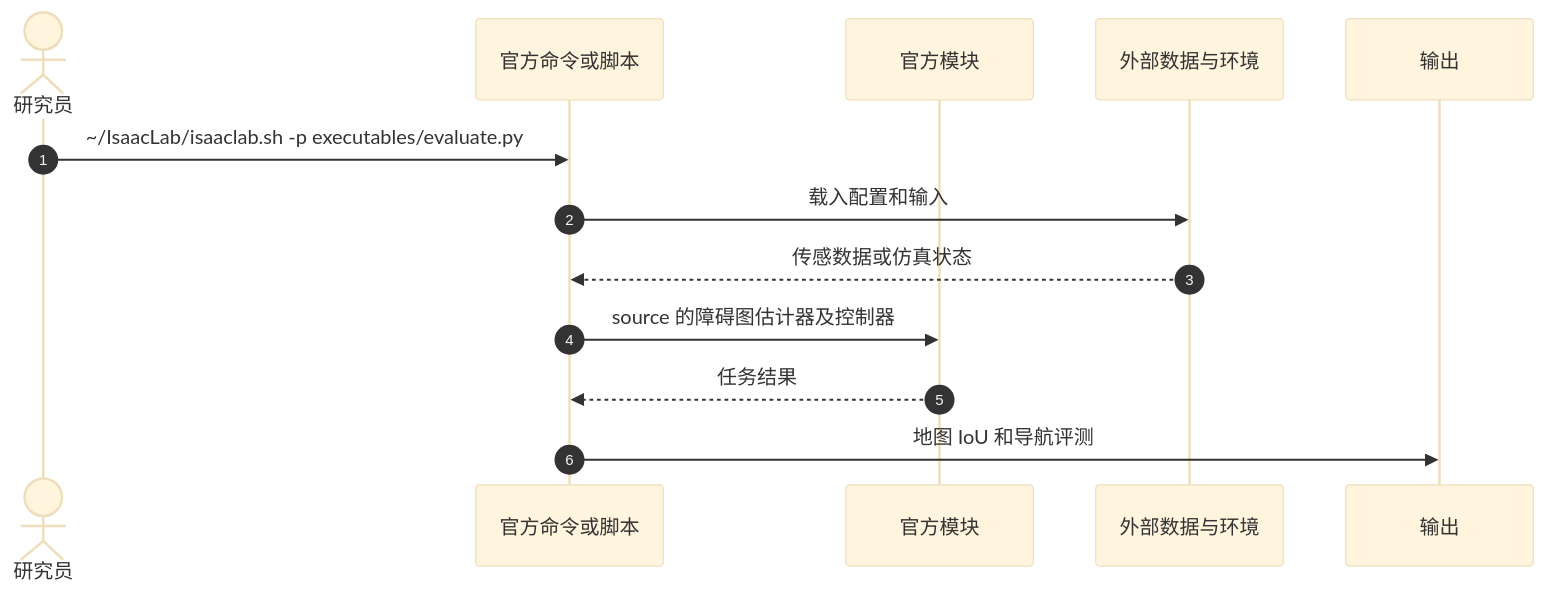
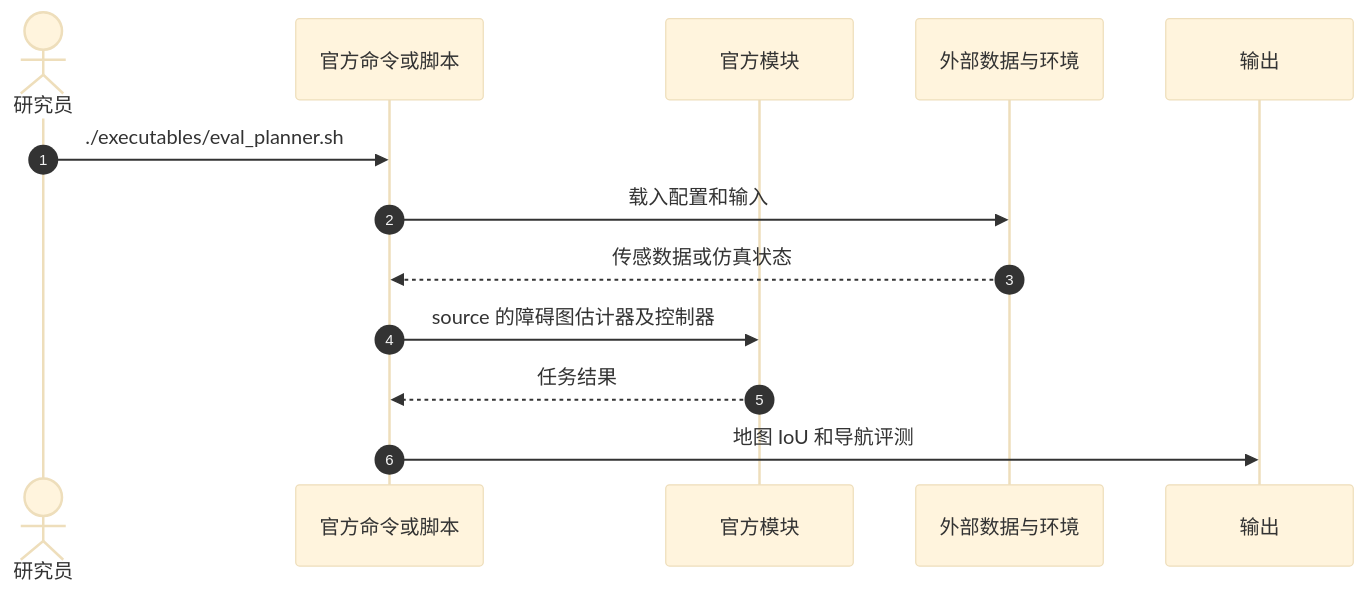
One commit to ImChong/Robotics_Notebooks changed the second of 2 diagrams in wiki/entities/paper-vine-exocentric-nav-2611-16282.md. Above: the diagram before and after it, drawn with Mermaid (base theme). The commit also changed 8 other files, not shown here.

````diff
--- a/wiki/entities/paper-vine-exocentric-nav-2611-16282.md
+++ b/wiki/entities/paper-vine-exocentric-nav-2611-16282.md
@@ -70,15 +70,15 @@
 ```mermaid
 sequenceDiagram
   autonumber
   actor Researcher as 研究员
   participant CLI as 官方命令或脚本
   participant Module as 官方模块
   participant Data as 外部数据与环境
   participant Output as 输出
-  Researcher->>CLI: ~/IsaacLab/isaaclab.sh -p executables/evaluate.py
+  Researcher->>CLI: ./executables/eval_planner.sh
   CLI->>Data: 载入配置和输入
   Data-->>CLI: 传感数据或仿真状态
   CLI->>Module: source 的障碍图估计器及控制器
   Module-->>CLI: 任务结果
   CLI->>Output: 地图 IoU 和导航评测
 ```
````
